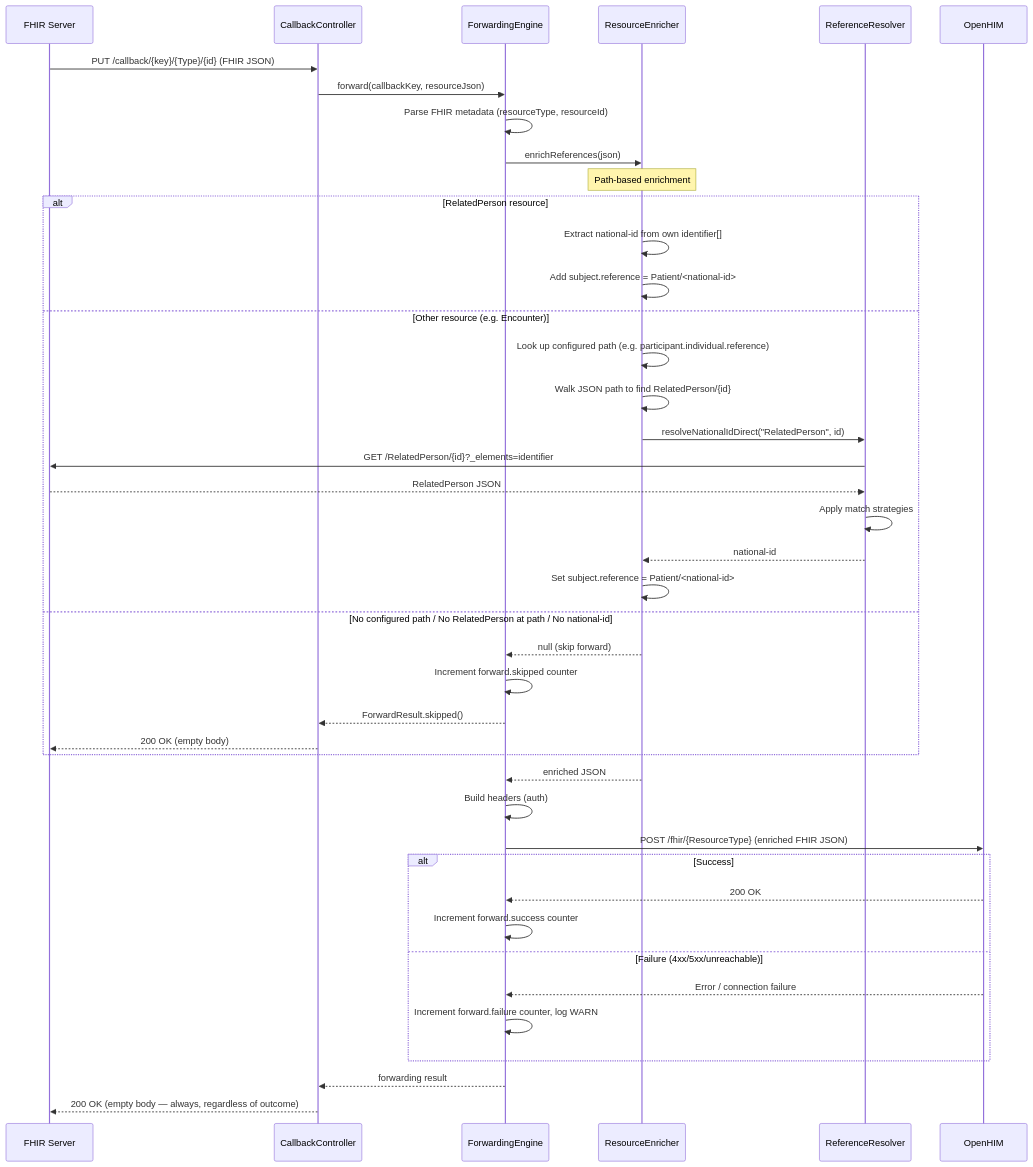
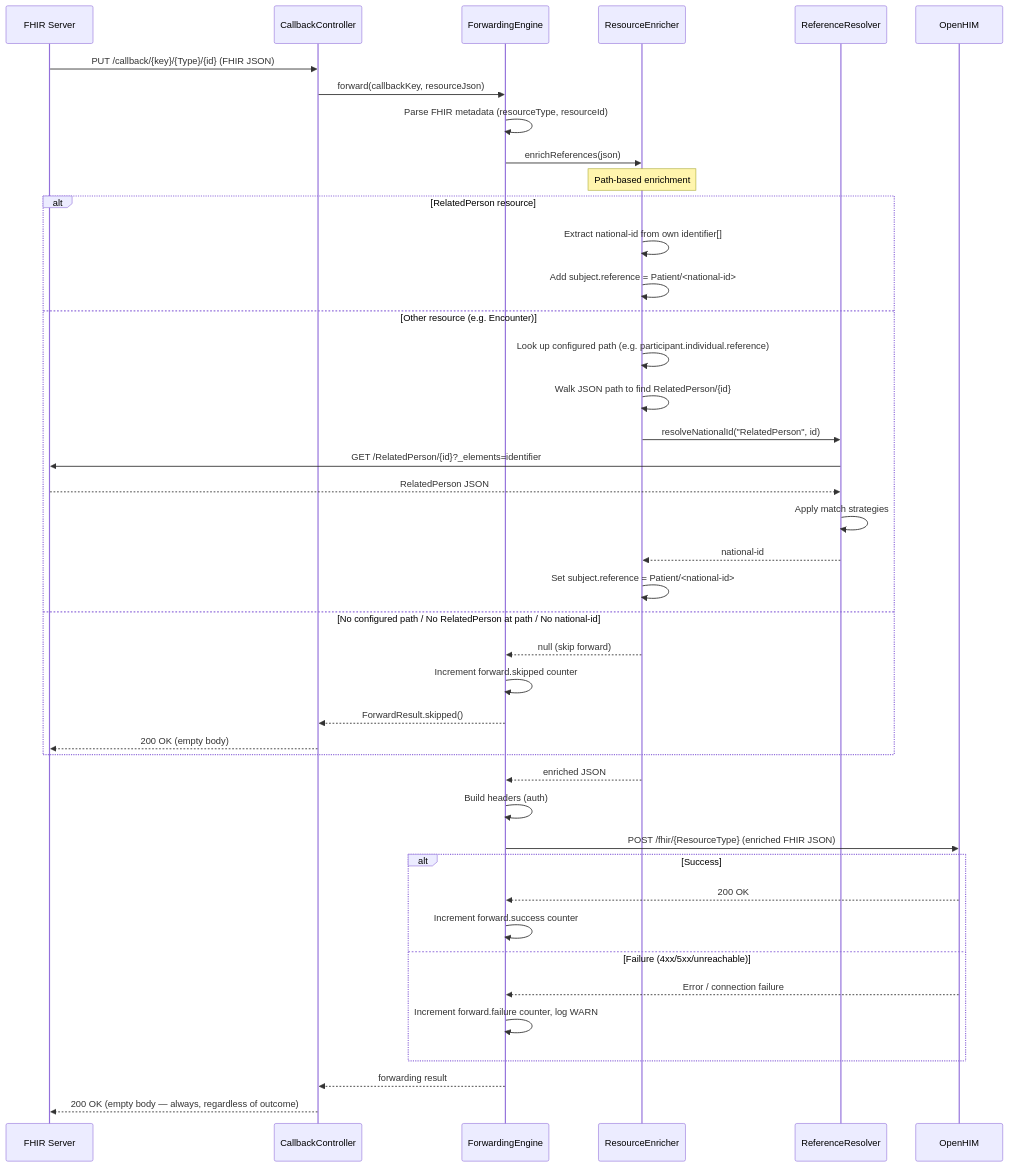
One commit to ishashankakkasali/fhir-cce-emitter-adaptor changed the second of 2 diagrams in docs/architecture.md. Above: the diagram before and after it, drawn with Mermaid. The commit also changed 4 other files, not shown here.

Commit message:
update: Rename resolveNationalIdDirect to resolveNationalId and update references in service and test classes

````diff
--- a/docs/architecture.md
+++ b/docs/architecture.md
@@ -293,47 +293,47 @@
 ```mermaid
 sequenceDiagram
     participant FS as FHIR Server
     participant CB as CallbackController
     participant FE as ForwardingEngine
     participant RE as ResourceEnricher
     participant RR as ReferenceResolver
     participant T as OpenHIM
 
     FS->>CB: PUT /callback/{key}/{Type}/{id} (FHIR JSON)
     CB->>FE: forward(callbackKey, resourceJson)
     FE->>FE: Parse FHIR metadata (resourceType, resourceId)
     FE->>RE: enrichReferences(json)
 
     Note over RE: Path-based enrichment
     alt RelatedPerson resource
         RE->>RE: Extract national-id from own identifier[]
         RE->>RE: Add subject.reference = Patient/<national-id>
     else Other resource (e.g. Encounter)
         RE->>RE: Look up configured path (e.g. participant.individual.reference)
         RE->>RE: Walk JSON path to find RelatedPerson/{id}
-        RE->>RR: resolveNationalIdDirect("RelatedPerson", id)
+        RE->>RR: resolveNationalId("RelatedPerson", id)
         RR->>FS: GET /RelatedPerson/{id}?_elements=identifier
         FS-->>RR: RelatedPerson JSON
         RR->>RR: Apply match strategies
         RR-->>RE: national-id
         RE->>RE: Set subject.reference = Patient/<national-id>
     else No configured path / No RelatedPerson at path / No national-id
         RE-->>FE: null (skip forward)
         FE->>FE: Increment forward.skipped counter
         FE-->>CB: ForwardResult.skipped()
         CB-->>FS: 200 OK (empty body)
     end
 
     RE-->>FE: enriched JSON
     FE->>FE: Build headers (auth)
     FE->>T: POST /fhir/{ResourceType} (enriched FHIR JSON)
     alt Success
         T-->>FE: 200 OK
         FE->>FE: Increment forward.success counter
     else Failure (4xx/5xx/unreachable)
         T-->>FE: Error / connection failure
         FE->>FE: Increment forward.failure counter, log WARN
     end
     FE-->>CB: forwarding result
     CB-->>FS: 200 OK (empty body — always, regardless of outcome)
 ```
````
